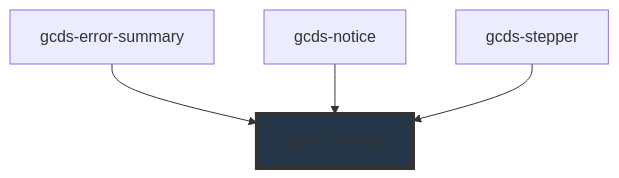
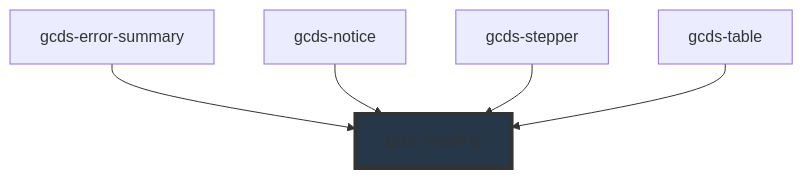
One commit to cds-snc/gcds-components changed the diagram in packages/web/src/components/gcds-heading/readme.md. Above: the diagram before and after it, drawn with Mermaid. The commit also changed other lines of this file and 9 other files, not shown here.

````diff
--- a/packages/web/src/components/gcds-heading/readme.md
+++ b/packages/web/src/components/gcds-heading/readme.md
@@ -39,7 +40,8 @@
 ```mermaid
 graph TD;
   gcds-error-summary --> gcds-heading
   gcds-notice --> gcds-heading
   gcds-stepper --> gcds-heading
+  gcds-table --> gcds-heading
   style gcds-heading fill:#26374a,stroke:#333,stroke-width:4px
 ```
````
